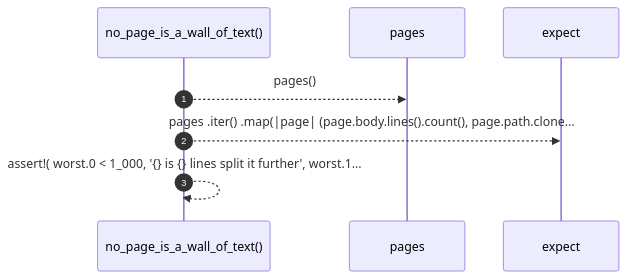
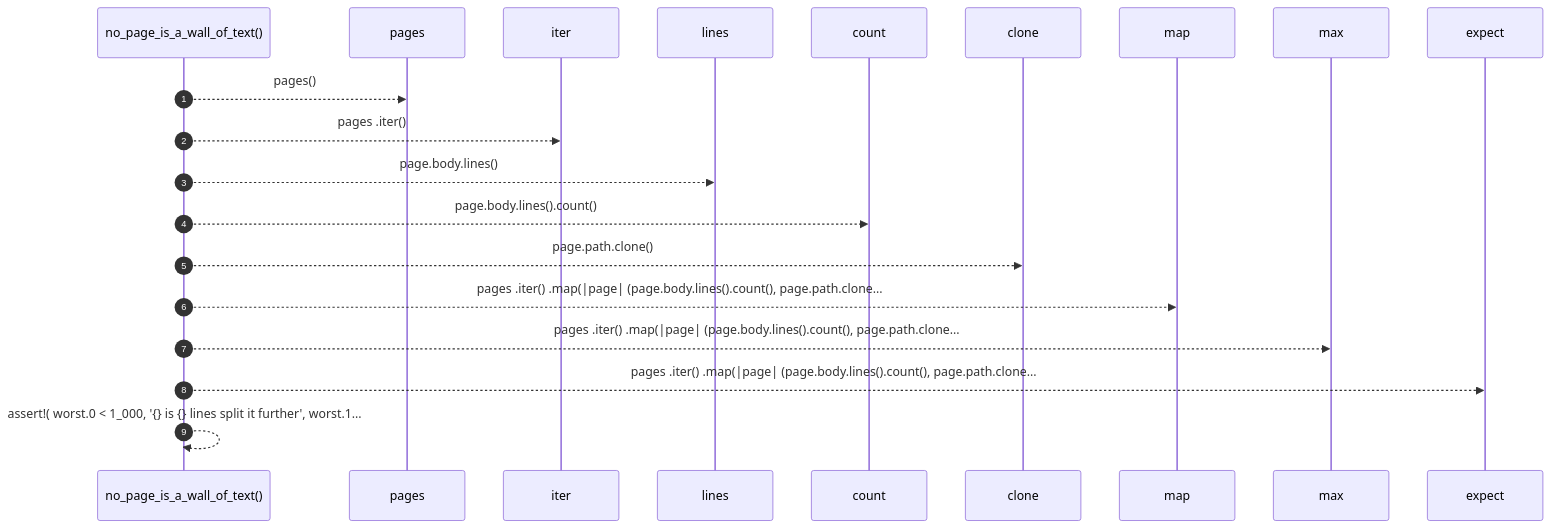
One commit to RyanGuild/self-describing-code changed the diagram in docs/self-model/robby_render/test_tree/no-page-is-a-wall-of-text.md. Above: the diagram before and after it, drawn with Mermaid. The commit also changed other lines of this file and 1404 other files, not shown here.

````diff
--- a/docs/self-model/robby_render/test_tree/no-page-is-a-wall-of-text.md
+++ b/docs/self-model/robby_render/test_tree/no-page-is-a-wall-of-text.md
@@ -31,10 +31,22 @@
 ```mermaid
 sequenceDiagram
     autonumber
     participant no_page_is_a_wall_of_text as no_page_is_a_wall_of_text()
     participant pages as pages
+    participant iter as iter
+    participant lines as lines
+    participant count as count
+    participant clone as clone
+    participant map as map
+    participant max as max
     participant expect as expect
     no_page_is_a_wall_of_text-->>pages: pages()
+    no_page_is_a_wall_of_text-->>iter: pages .iter()
+    no_page_is_a_wall_of_text-->>lines: page.body.lines()
+    no_page_is_a_wall_of_text-->>count: page.body.lines().count()
+    no_page_is_a_wall_of_text-->>clone: page.path.clone()
+    no_page_is_a_wall_of_text-->>map: pages .iter() .map(|page| (page.body.lines().count(), page.path.clone...
+    no_page_is_a_wall_of_text-->>max: pages .iter() .map(|page| (page.body.lines().count(), page.path.clone...
     no_page_is_a_wall_of_text-->>expect: pages .iter() .map(|page| (page.body.lines().count(), page.path.clone...
     no_page_is_a_wall_of_text-->>no_page_is_a_wall_of_text: assert!( worst.0 < 1_000, '{} is {} lines split it further', worst.1...
 ```
````
